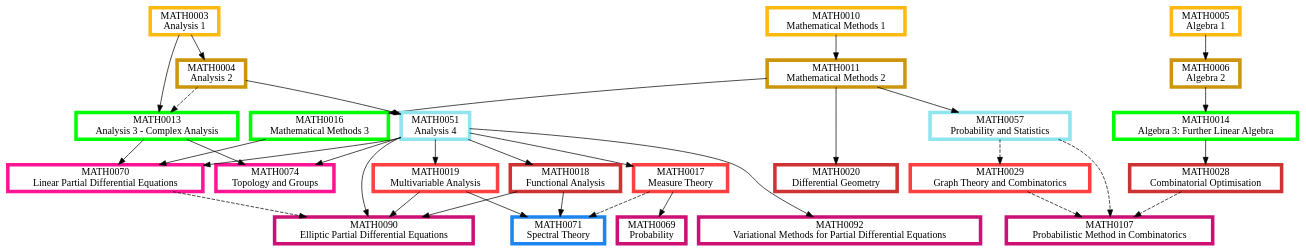
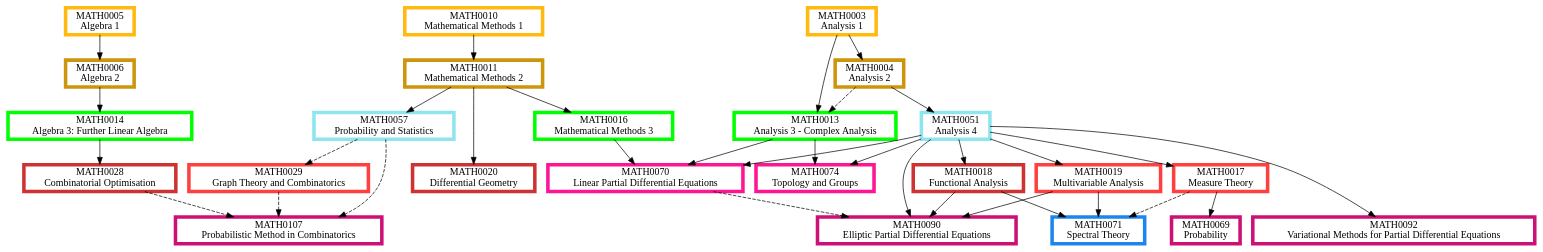
One commit to matthew-towers/pathways changed the diagram in Analysis.dot. Above: the diagram before and after it, drawn with Graphviz. The commit also changed 12 other files, not shown here.

```diff
--- a/Analysis.dot
+++ b/Analysis.dot
@@ -1,110 +1,110 @@
 digraph {
 	node [fillcolor=white penwidth=5 shape=box style="filled,bold"]
 	subgraph "1.0 1" {
 		rank=same
-		MATH0003 [label="MATH0003
-Analysis 1" color=darkgoldenrod1 href="https://www.ucl.ac.uk/maths/sites/maths/files/math0003.pdf" tooltip="Year 1, term 1"]
 		MATH0010 [label="MATH0010
 Mathematical Methods 1" color=darkgoldenrod1 href="https://www.ucl.ac.uk/maths/sites/maths/files/math0010.pdf" tooltip="Year 1, term 1"]
 		MATH0005 [label="MATH0005
 Algebra 1" color=darkgoldenrod1 href="https://www.ucl.ac.uk/maths/sites/maths/files/math0005.pdf" tooltip="Year 1, term 1"]
+		MATH0003 [label="MATH0003
+Analysis 1" color=darkgoldenrod1 href="https://www.ucl.ac.uk/maths/sites/maths/files/math0003.pdf" tooltip="Year 1, term 1"]
 	}
+	MATH0005 -> MATH0006
 	MATH0010 -> MATH0011
 	MATH0003 -> MATH0004
-	MATH0005 -> MATH0006
 	subgraph "1.0 2" {
 		rank=same
+		MATH0006 [label="MATH0006
+Algebra 2" color=darkgoldenrod3 href="https://www.ucl.ac.uk/maths/sites/maths/files/math0006.pdf" tooltip="Year 1, term 2"]
 		MATH0011 [label="MATH0011
 Mathematical Methods 2" color=darkgoldenrod3 href="https://www.ucl.ac.uk/maths/sites/maths/files/math0011_2.pdf" tooltip="Year 1, term 2"]
 		MATH0004 [label="MATH0004
 Analysis 2" color=darkgoldenrod3 href="https://www.ucl.ac.uk/maths/sites/maths/files/math0004.pdf" tooltip="Year 1, term 2"]
-		MATH0006 [label="MATH0006
-Algebra 2" color=darkgoldenrod3 href="https://www.ucl.ac.uk/maths/sites/maths/files/math0006.pdf" tooltip="Year 1, term 2"]
 	}
+	MATH0006 -> MATH0014
 	MATH0011 -> MATH0016
 	MATH0003 -> MATH0013
 	MATH0004 -> MATH0013 [style=dashed]
-	MATH0006 -> MATH0014
-	subgraph "2 1" {
+	subgraph "2.0 1" {
 		rank=same
+		MATH0014 [label="MATH0014
+Algebra 3: Further Linear Algebra" color=green1 href="https://www.ucl.ac.uk/maths/sites/maths/files/math0014.pdf" tooltip="Year 2, term 1"]
 		MATH0016 [label="MATH0016
 Mathematical Methods 3" color=green1 href="https://www.ucl.ac.uk/maths/sites/maths/files/math0016.pdf" tooltip="Year 2, term 1"]
 		MATH0013 [label="MATH0013
 Analysis 3 - Complex Analysis" color=green1 href="https://www.ucl.ac.uk/maths/sites/maths/files/math0013.pdf" tooltip="Year 2, term 1"]
-		MATH0014 [label="MATH0014
-Algebra 3: Further Linear Algebra" color=green1 href="https://www.ucl.ac.uk/maths/sites/maths/files/math0014.pdf" tooltip="Year 2, term 1"]
 	}
 	MATH0004 -> MATH0051
 	MATH0011 -> MATH0057
 	subgraph "2.5 2" {
 		rank=same
 		MATH0051 [label="MATH0051
 Analysis 4" color=cadetblue2 href="https://www.ucl.ac.uk/maths/sites/maths/files/math0051.pdf" tooltip="Year 2 or 3, term 2"]
 		MATH0057 [label="MATH0057
 Probability and Statistics" color=cadetblue2 href="https://www.ucl.ac.uk/maths/sites/maths/files/math0057.pdf" tooltip="Year 2 or 3, term 2"]
 	}
+	MATH0057 -> MATH0029 [style=dashed]
 	MATH0051 -> MATH0019
-	MATH0057 -> MATH0029 [style=dashed]
 	MATH0051 -> MATH0017
 	subgraph "3.0 1" {
 		rank=same
+		MATH0029 [label="MATH0029
+Graph Theory and Combinatorics" color=brown1 href="https://www.ucl.ac.uk/maths/sites/maths/files/math0029.pdf" tooltip="Year 3, term 1"]
 		MATH0019 [label="MATH0019
 Multivariable Analysis" color=brown1 href="https://www.ucl.ac.uk/maths/sites/maths/files/math0019.pdf" tooltip="Year 3, term 1"]
-		MATH0029 [label="MATH0029
-Graph Theory and Combinatorics" color=brown1 href="https://www.ucl.ac.uk/maths/sites/maths/files/math0029.pdf" tooltip="Year 3, term 1"]
 		MATH0017 [label="MATH0017
 Measure Theory" color=brown1 href="https://www.ucl.ac.uk/maths/sites/maths/files/math0017.pdf" tooltip="Year 3, term 1"]
 	}
-	MATH0051 -> MATH0018
 	MATH0011 -> MATH0020
 	MATH0014 -> MATH0028
+	MATH0051 -> MATH0018
 	subgraph "3.0 2" {
 		rank=same
-		MATH0018 [label="MATH0018
-Functional Analysis" color=brown3 href="https://www.ucl.ac.uk/maths/sites/maths/files/math0018.pdf" tooltip="Year 3, term 2"]
 		MATH0020 [label="MATH0020
 Differential Geometry" color=brown3 href="https://www.ucl.ac.uk/maths/sites/maths/files/math0020.pdf" tooltip="Year 3, term 2"]
 		MATH0028 [label="MATH0028
 Combinatorial Optimisation" color=brown3 href="https://www.ucl.ac.uk/maths/sites/maths/files/math0028.pdf" tooltip="Year 3, term 2"]
+		MATH0018 [label="MATH0018
+Functional Analysis" color=brown3 href="https://www.ucl.ac.uk/maths/sites/maths/files/math0018.pdf" tooltip="Year 3, term 2"]
 	}
 	MATH0013 -> MATH0074
 	MATH0051 -> MATH0074
 	MATH0013 -> MATH0070
 	MATH0016 -> MATH0070
 	MATH0051 -> MATH0070
 	subgraph "3.5 1" {
 		rank=same
 		MATH0074 [label="MATH0074
 Topology and Groups" color=deeppink1 href="https://www.ucl.ac.uk/maths/sites/maths/files/math0074.pdf" tooltip="Year 3 or 4, term 1"]
 		MATH0070 [label="MATH0070
 Linear Partial Differential Equations" color=deeppink1 href="https://www.ucl.ac.uk/maths/sites/maths/files/math0070.pdf" tooltip="Year 3 or 4, term 1"]
 	}
+	MATH0029 -> MATH0107 [style=dashed]
+	MATH0028 -> MATH0107 [style=dashed]
+	MATH0057 -> MATH0107 [style=dashed]
+	MATH0017 -> MATH0069
 	MATH0051 -> MATH0092
-	MATH0017 -> MATH0069
 	MATH0070 -> MATH0090 [style=dashed]
 	MATH0051 -> MATH0090
 	MATH0018 -> MATH0090
 	MATH0019 -> MATH0090
-	MATH0029 -> MATH0107 [style=dashed]
-	MATH0028 -> MATH0107 [style=dashed]
-	MATH0057 -> MATH0107 [style=dashed]
 	subgraph "3.5 2" {
 		rank=same
+		MATH0107 [label="MATH0107
+Probabilistic Method in Combinatorics" color=deeppink3 href="https://www.ucl.ac.uk/maths/sites/maths/files/math0107_1.pdf" tooltip="Year 3 or 4, term 2"]
+		MATH0069 [label="MATH0069
+Probability" color=deeppink3 href="https://www.ucl.ac.uk/maths/sites/maths/files/math0069.pdf" tooltip="Year 3 or 4, term 2"]
 		MATH0092 [label="MATH0092
 Variational Methods for Partial Differential Equations" color=deeppink3 href="https://www.ucl.ac.uk/maths/sites/maths/files/math0092.pdf" tooltip="Year 3 or 4, term 2"]
-		MATH0069 [label="MATH0069
-Probability" color=deeppink3 href="https://www.ucl.ac.uk/maths/sites/maths/files/math0069.pdf" tooltip="Year 3 or 4, term 2"]
 		MATH0090 [label="MATH0090
 Elliptic Partial Differential Equations" color=deeppink3 href="https://www.ucl.ac.uk/maths/sites/maths/files/math0090.pdf" tooltip="Year 3 or 4, term 2"]
-		MATH0107 [label="MATH0107
-Probabilistic Method in Combinatorics" color=deeppink3 href="https://www.ucl.ac.uk/maths/sites/maths/files/math0107_1.pdf" tooltip="Year 3 or 4, term 2"]
 	}
 	MATH0018 -> MATH0071
 	MATH0019 -> MATH0071
 	MATH0017 -> MATH0071 [style=dashed]
 	subgraph "4.0 1" {
 		rank=same
 		MATH0071 [label="MATH0071
 Spectral Theory" color=dodgerblue2 href="https://www.ucl.ac.uk/maths/sites/maths/files/math0071.pdf" tooltip="Year 4, term 1"]
 	}
 }
```
